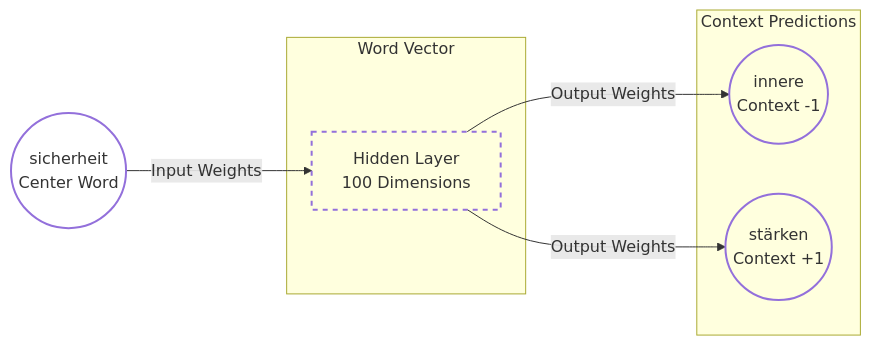
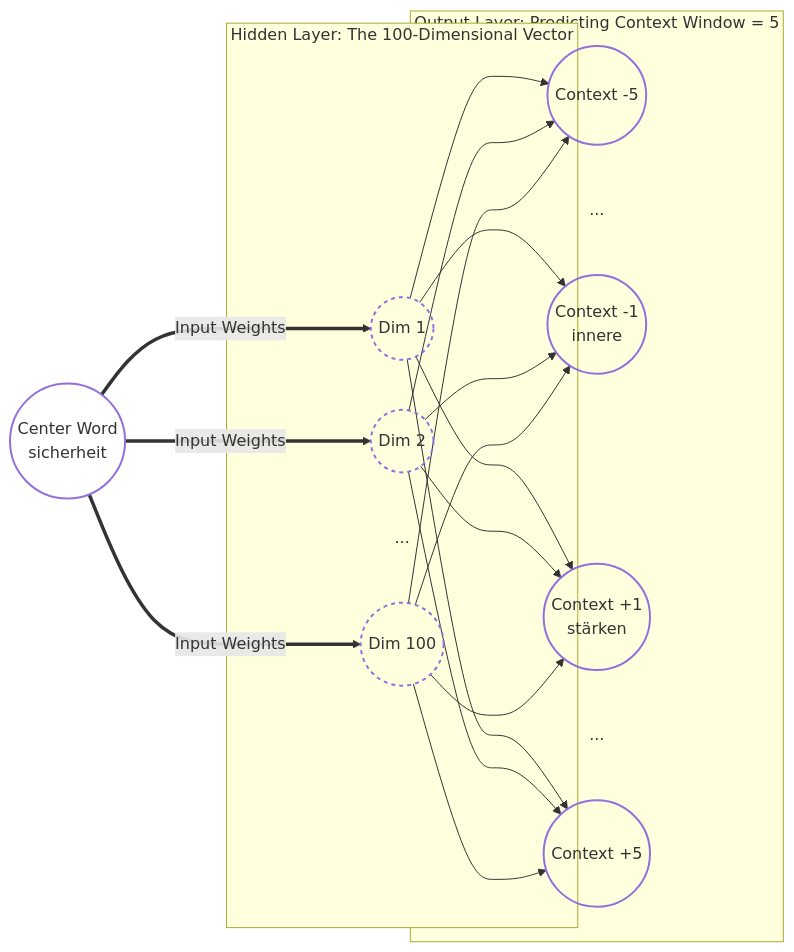
One commit to kleinnconrad/wordembedding-bundestagswahl-2025 changed the diagram in readme.md. Above: the diagram before and after it, drawn with Mermaid.

Commit message:
feat: update readme viz

````diff
--- a/readme.md
+++ b/readme.md
@@ -52,25 +52,35 @@
 ```mermaid
 graph LR
-    classDef input fill:transparent,stroke-width:2px;
-    classDef hidden fill:transparent,stroke-width:2px,stroke-dasharray: 5 5;
-    classDef output fill:transparent,stroke-width:2px;
+    classDef inputNode fill:transparent,stroke-width:2px;
+    classDef hiddenNode fill:transparent,stroke-width:2px,stroke-dasharray: 4 4;
+    classDef outputNode fill:transparent,stroke-width:2px;
+    classDef textNode fill:none,stroke:none;
 
-    %% Input Layer
-    I((sicherheit <br> Center Word)):::input
+    I((Center Word<br>sicherheit)):::inputNode
 
-    %% Hidden Layer (The actual Word Vector)
-    subgraph Word_Vector [Word Vector]
-        H[Hidden Layer <br> 100 Dimensions]:::hidden
+    subgraph Hidden_Layer [Hidden Layer: The 100-Dimensional Vector]
+        H1((Dim 1)):::hiddenNode
+        H2((Dim 2)):::hiddenNode
+        H3((...)):::textNode
+        H100((Dim 100)):::hiddenNode
     end
-
-    %% Output Layer (Context Window)
-    subgraph Context_Predictions [Context Predictions]
-        O1((innere <br> Context -1)):::output
-        O2((stärken <br> Context +1)):::output
+    
+    subgraph Output_Layer [Output Layer: Predicting Context Window = 5]
+        O_m5((Context -5)):::outputNode
+        O_m_dots((...)):::textNode
+        O_m1((Context -1<br>innere)):::outputNode
+        O_p1((Context +1<br>stärken)):::outputNode
+        O_p_dots((...)):::textNode
+        O_p5((Context +5)):::outputNode
     end
-
-    %% Connections
-    I -->|Input Weights| H
-    H -->|Output Weights| O1
-    H -->|Output Weights| O2
+    
+    %% Input to Hidden
+    I ===>|Input Weights| H1
+    I ===>|Input Weights| H2
+    I ===>|Input Weights| H100
+    
+    %% Hidden to Output (Dense connections)
+    H1 --> O_m5 & O_m1 & O_p1 & O_p5
+    H2 --> O_m5 & O_m1 & O_p1 & O_p5
+    H100 --> O_m5 & O_m1 & O_p1 & O_p5
 ```
````
